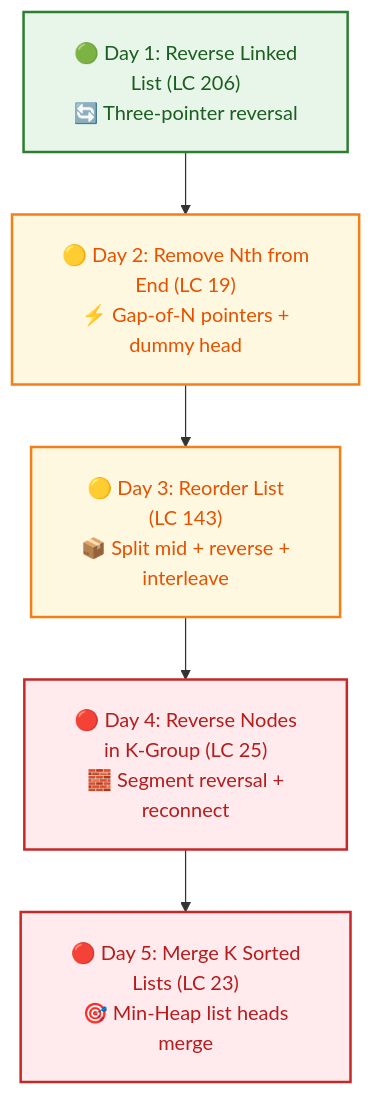
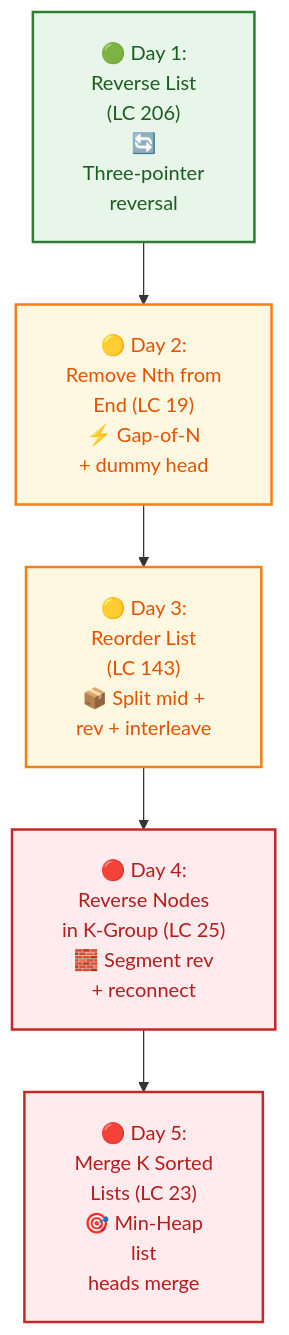
The tenth of 19 diagrams in Senior_dsa_question_list.md (dip4k/DSA_102), drawn with Mermaid before and after one commit. The commit also changed other lines of this file and 106 other files, not shown here.

First line of the commit message:
fix(mermaid): prevent text clipping with foreignObject overflow and tighter line wrapping

````diff
--- a/Senior_dsa_question_list.md
+++ b/Senior_dsa_question_list.md
@@ -346,15 +346,15 @@
 ```mermaid
-%%{init: {"flowchart": {"htmlLabels": true, "padding": 20}}}%%
+%%{init: {"flowchart": {"htmlLabels": true, "padding": 20}, "themeCSS": "foreignObject { overflow: visible !important; }"}}%%
 flowchart TD
     classDef startNode fill:#e8f5e9,stroke:#2e7d32,stroke-width:2px,color:#1b5e20
     classDef midNode fill:#fff8e1,stroke:#f57f17,stroke-width:2px,color:#e65100
     classDef hardNode fill:#ffebee,stroke:#c62828,stroke-width:2px,color:#b71c1c
 
-    A["🟢 Day 1: Reverse Linked<br/>List (LC 206)<br/>🔄 Three-pointer reversal"]:::startNode
-    B["🟡 Day 2: Remove Nth from<br/>End (LC 19)<br/>⚡ Gap-of-N pointers +<br/>dummy head"]:::midNode
-    C["🟡 Day 3: Reorder List<br/>(LC 143)<br/>📦 Split mid + reverse +<br/>interleave"]:::midNode
-    D["🔴 Day 4: Reverse Nodes<br/>in K-Group (LC 25)<br/>🧱 Segment reversal +<br/>reconnect"]:::hardNode
-    E["🔴 Day 5: Merge K Sorted<br/>Lists (LC 23)<br/>🎯 Min-Heap list heads<br/>merge"]:::hardNode
+    A["🟢 Day 1:<br/>Reverse List<br/>(LC 206)<br/>🔄<br/>Three-pointer<br/>reversal"]:::startNode
+    B["🟡 Day 2:<br/>Remove Nth from<br/>End (LC 19)<br/>⚡ Gap-of-N<br/>+ dummy head"]:::midNode
+    C["🟡 Day 3:<br/>Reorder List<br/>(LC 143)<br/>📦 Split mid +<br/>rev + interleave"]:::midNode
+    D["🔴 Day 4:<br/>Reverse Nodes<br/>in K-Group (LC 25)<br/>🧱 Segment rev<br/>+ reconnect"]:::hardNode
+    E["🔴 Day 5:<br/>Merge K Sorted<br/>Lists (LC 23)<br/>🎯 Min-Heap<br/>list<br/>heads merge"]:::hardNode
 
     A --> B --> C --> D --> E
 ```
````
